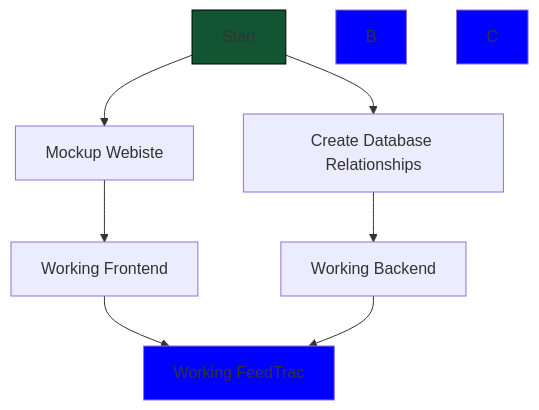
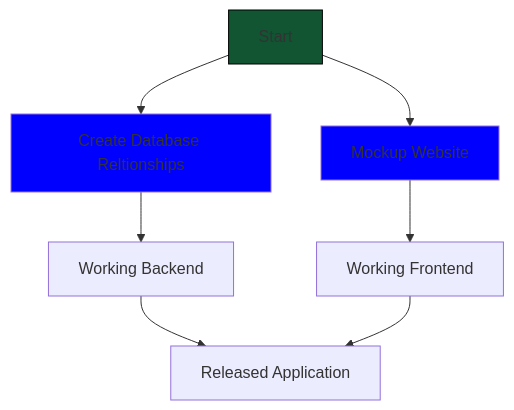
The diagram in .Documentation/Chart.md (OSmith132/FeedTrac), drawn with Mermaid before and after one commit.

Commit message:
Update Chart.md
Changed layout

````diff
--- a/.Documentation/Chart.md
+++ b/.Documentation/Chart.md
@@ -8,20 +8,40 @@
 ```mermaid
 graph TD;
     classDef toBeDone fill:#00f
     classDef completed fill:#153,stroke:#000
     classDef halted fill:#f00
-    
+
+    %%Area for designating colours, Use above classes to colour
     A:::completed
-    B:::toBeDone
-    C:::toBeDone
-    D:::toBeDone
-    
-    A[Start]-->B5;
-    A-->C5[Create Database Relationships];
-    C5-->C10[Working Backend];
-    B5[Mockup Webiste]-->B10[Working Frontend];
-    B10-->D;
-    C10-->D[Working FeedTrac];
-    
+
+    B5:::toBeDone
+    F5:::toBeDone
+
+    %%To add new boxes give them an ID i.e A4 or B7 or something and define the text within the square brackets
+
+    %%Area to define the text within the boxes
+    A[Start]
+
+    %%Backend branch boxes
+    B5[Create Database Reltionships]
+    B10[Working Backend]
+
+    %%Frontend boces
+    F5[Mockup Website]
+    F10[Working Frontend]
+
+    %%End box
+    Z[Released Application]
+
+    %%Graph definition
+    A-->B5
+    A-->F5
+
+    B5-->B10
+    B10-->Z
+
+    F5-->F10
+    F10-->Z
+        
     
 ```
````
